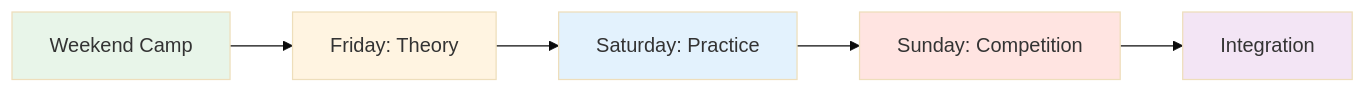
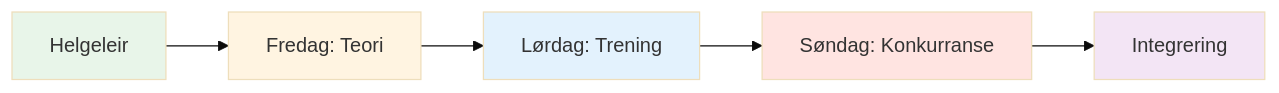
One commit to patwii/petanque-academy changed the first of 2 diagrams in docs/no/guides/training-camp/index.md. Above: the diagram before and after it, drawn with Mermaid (base theme). The commit also changed other lines of this file and 550 other files, not shown here.

````diff
--- a/docs/no/guides/training-camp/index.md
+++ b/docs/no/guides/training-camp/index.md
@@ -36,13 +36,13 @@
 ```mermaid
 graph LR
-    A[Weekend Camp] --> B[Friday: Theory]
-    B --> C[Saturday: Practice]
-    C --> D[Sunday: Competition]
-    D --> E[Integration]
+    A[Helgeleir] --> B[Fredag: Teori]
+    B --> C[Lørdag: Trening]
+    C --> D[Søndag: Konkurranse]
+    D --> E[Integrering]
 
     style A fill:#e8f5e9
     style B fill:#fff4e1
     style C fill:#e3f2fd
     style D fill:#ffe4e1
     style E fill:#f3e5f5
 ```
````
